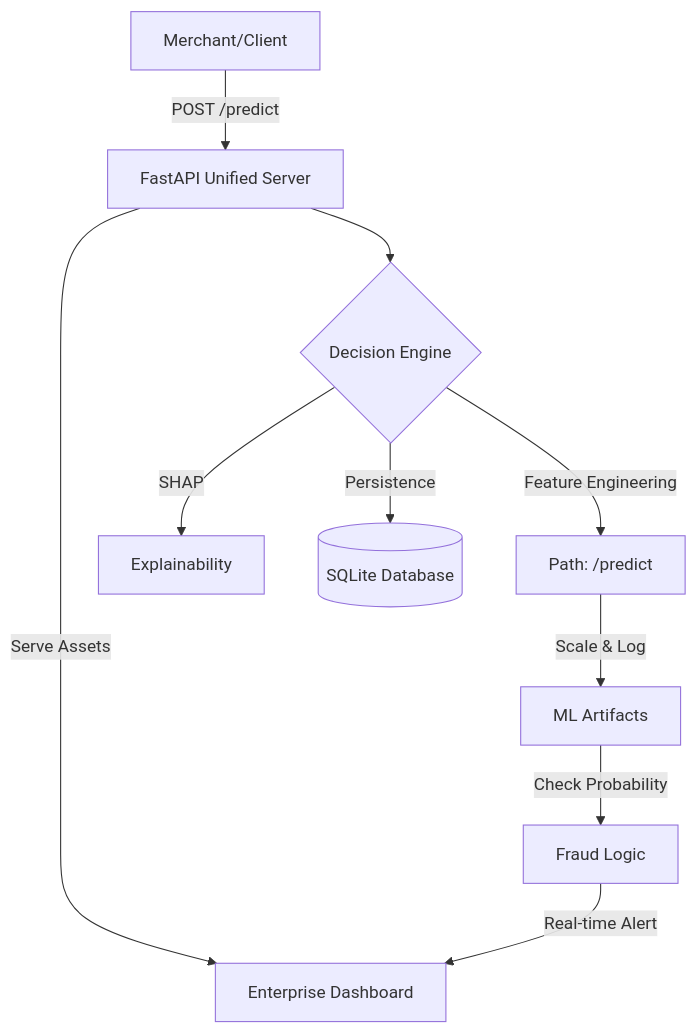
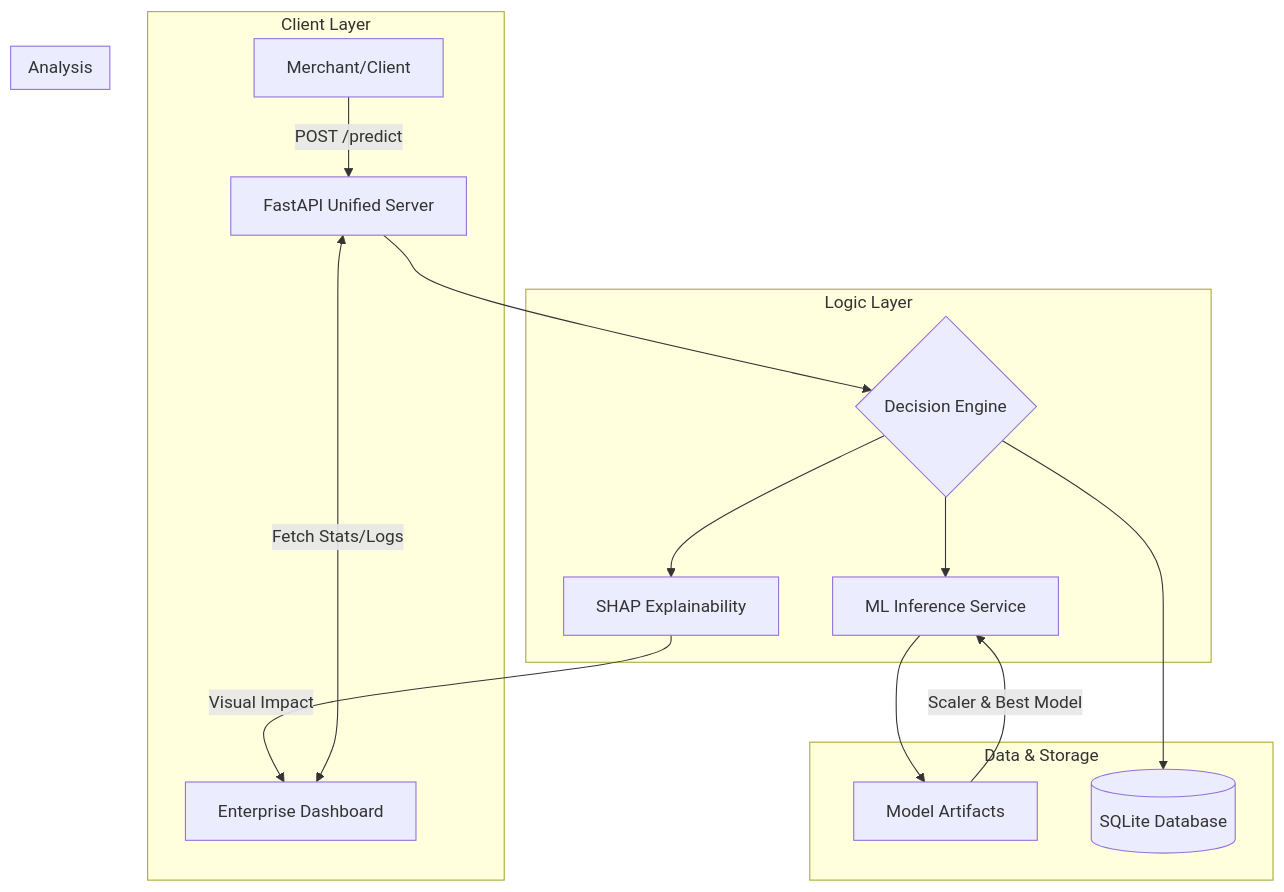
One commit to Vaenvoice/Real-Time-Fraud-Detection-Platform- changed the diagram in README.md. Above: the diagram before and after it, drawn with Mermaid. The commit also changed other lines of this file, not shown here.

Commit message:
docs: add live link and detailed architecture/workflow to README

````diff
--- a/README.md
+++ b/README.md
@@ -21,12 +25,23 @@
 ```mermaid
 graph TD
-    A[Merchant/Client] -->|POST /predict| B[FastAPI Unified Server]
-    B -->|Serve Assets| UI[Enterprise Dashboard]
-    B --> C{Decision Engine}
-    C -->|Feature Engineering| D[Path: /predict]
-    D -->|Scale & Log| E[ML Artifacts]
-    E -->|Check Probability| F[Fraud Logic]
-    C -->|SHAP| G[Explainability]
-    C -->|Persistence| H[(SQLite Database)]
-    F -->|Real-time Alert| UI
+    subgraph Client Layer
+        A[Merchant/Client] -->|POST /predict| B[FastAPI Unified Server]
+        UI[Enterprise Dashboard] <-->|Fetch Stats/Logs| B
+    end
+
+    subgraph Logic Layer
+        B --> C{Decision Engine}
+        C --> D[ML Inference Service]
+        C --> G[SHAP Explainability]
+    end
+
+    subgraph Data & Storage
+        D --> E[Model Artifacts]
+        C --> H[(SQLite Database)]
+        E -->|Scaler & Best Model| D
+    end
+
+    subgraph Analysis
+        G -->|Visual Impact| UI
+    end
 ```
````
